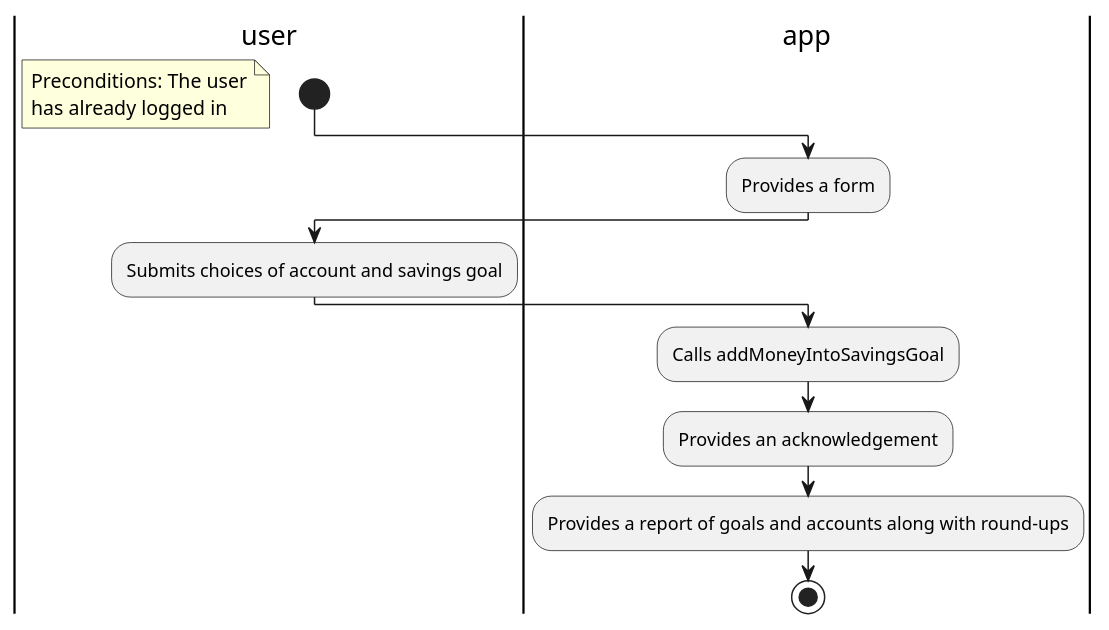
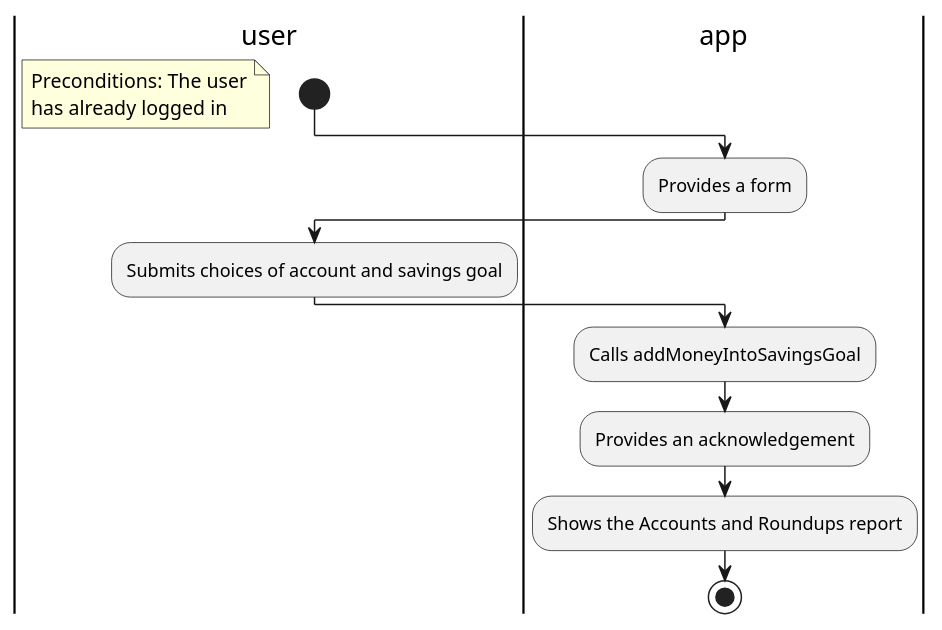
One commit to hristo-stefanov/MiniBankingDemo changed the diagram in diagrams/Save Round-up Activity Diagram.puml. Above: the diagram before and after it, drawn with PlantUML. The commit also changed 10 other files, not shown here.

```diff
--- a/diagrams/Save Round-up Activity Diagram.puml
+++ b/diagrams/Save Round-up Activity Diagram.puml
@@ -1,17 +1,17 @@
 @startuml
 'https://plantuml.com/activity-diagram-beta
 |user|
 start
 floating note left: Preconditions: The user\n\
 has already logged in
 |app|
 :Provides a form;
 |user|
 :Submits choices of account and savings goal;
 |app|
 :Calls addMoneyIntoSavingsGoal;
 :Provides an acknowledgement;
-:Provides a report of goals and accounts along with round-ups;
+:Shows the Accounts and Roundups report;
 stop
 
 @enduml
```
